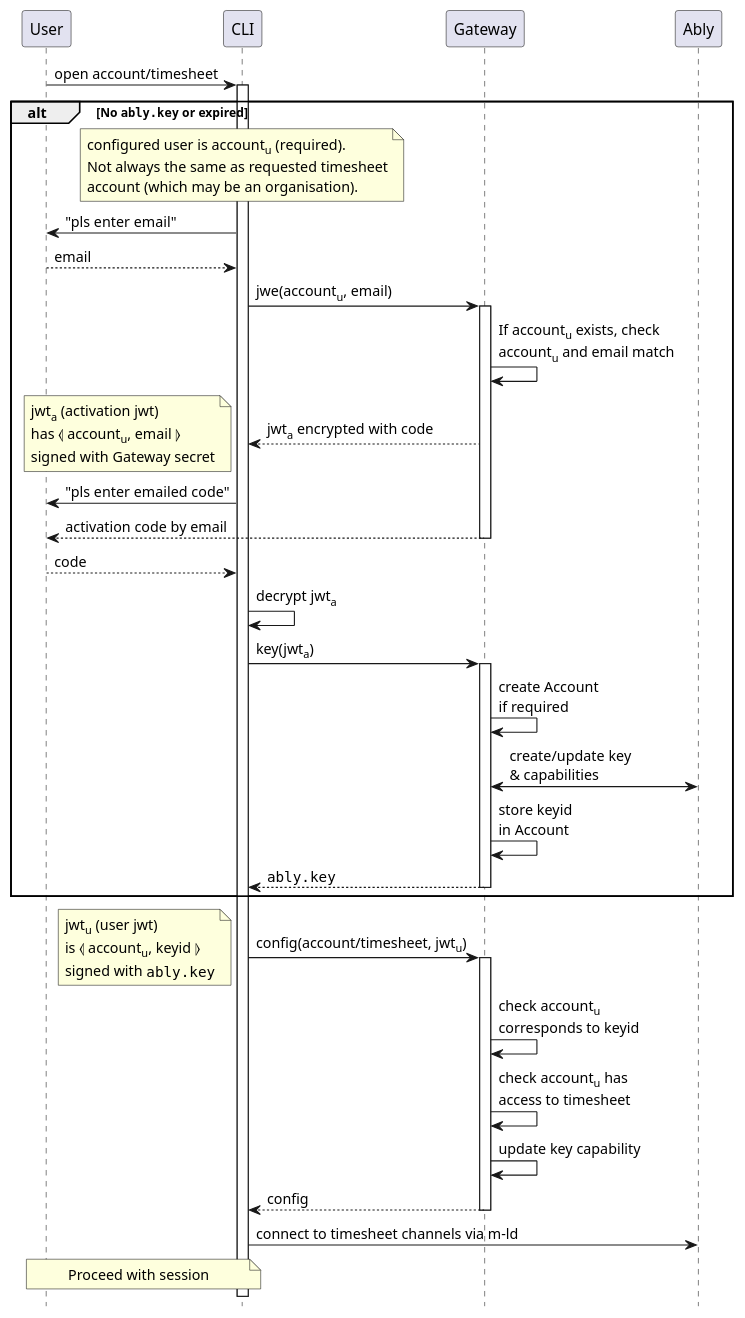
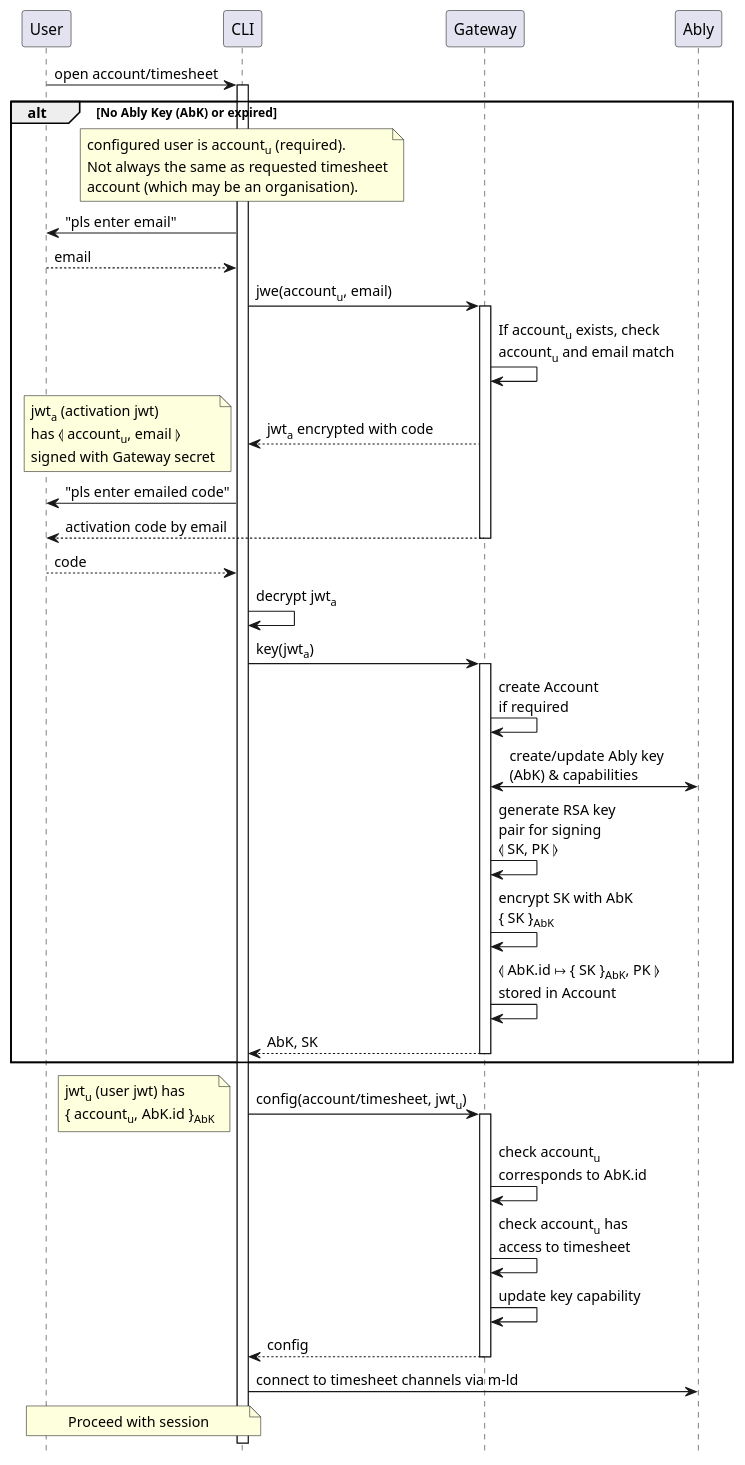
Before and after one commit to m-ld/timeld: the diagram in architecture/security/register-cli.seq.puml, drawn with PlantUML.

Commit message:
Added public/private key pair generation for signatures

```diff
--- a/architecture/security/register-cli.seq.puml
+++ b/architecture/security/register-cli.seq.puml
@@ -1,50 +1,52 @@
 @startuml
 'https://plantuml.com/sequence-diagram
 hide footbox
 
 User -> CLI ++: open account/timesheet
-alt No ""ably.key"" or expired
+alt No Ably Key (AbK) or expired
   note over CLI
     configured user is account<sub>u</sub> (required).
     Not always the same as requested timesheet
     account (which may be an organisation).
   end note
   CLI -> User: "pls enter email"
   User --> CLI: email
   CLI -> Gateway ++: jwe(account<sub>u</sub>, email)
   Gateway -> Gateway: If account<sub>u</sub> exists, check\naccount<sub>u</sub> and email match
   Gateway --> CLI: jwt<sub>a</sub> encrypted with code
   note left
     jwt<sub>a</sub> (activation jwt)
     has ⦉ account<sub>u</sub>, email ⦊
     signed with Gateway secret
   end note
   CLI -> User: "pls enter emailed code"
   Gateway --> User --: activation code by email
 
   User --> CLI: code
   ' TODO: brute force attack (look for a parseable JWT)
   CLI -> CLI: decrypt jwt<sub>a</sub>
   ' TODO: replay attack within JWT validity period
   CLI -> Gateway ++: key(jwt<sub>a</sub>)
+  
   Gateway -> Gateway: create Account\nif required
-  Gateway <-> Ably: create/update key\n& capabilities
-  Gateway -> Gateway: store keyid\nin Account
-  return ""ably.key""
+  Gateway <-> Ably: create/update Ably key\n(AbK) & capabilities
+  Gateway -> Gateway: generate RSA key\npair for signing\n⦉ SK, PK ⦊
+  Gateway -> Gateway: encrypt SK with AbK\n{ SK }<sub>AbK</sub>
+  Gateway -> Gateway: ⦉ AbK.id ↦ { SK }<sub>AbK</sub>, PK ⦊\nstored in Account
+  return AbK, SK
 end
 
 CLI -> Gateway ++: config(account/timesheet, jwt<sub>u</sub>)
 note left
-  jwt<sub>u</sub> (user jwt)
-  is ⦉ account<sub>u</sub>, keyid ⦊
-  signed with ""ably.key""
+  jwt<sub>u</sub> (user jwt) has
+  { account<sub>u</sub>, AbK.id }<sub>AbK</sub>
 end note
-Gateway -> Gateway: check account<sub>u</sub>\ncorresponds to keyid
+Gateway -> Gateway: check account<sub>u</sub>\ncorresponds to AbK.id
 Gateway -> Gateway: check account<sub>u</sub> has\naccess to timesheet
 Gateway -> Gateway: update key capability
 return config
 
 CLI -> Ably: connect to timesheet channels via m-ld
 note over User, CLI: Proceed with session
 
 @enduml
```
